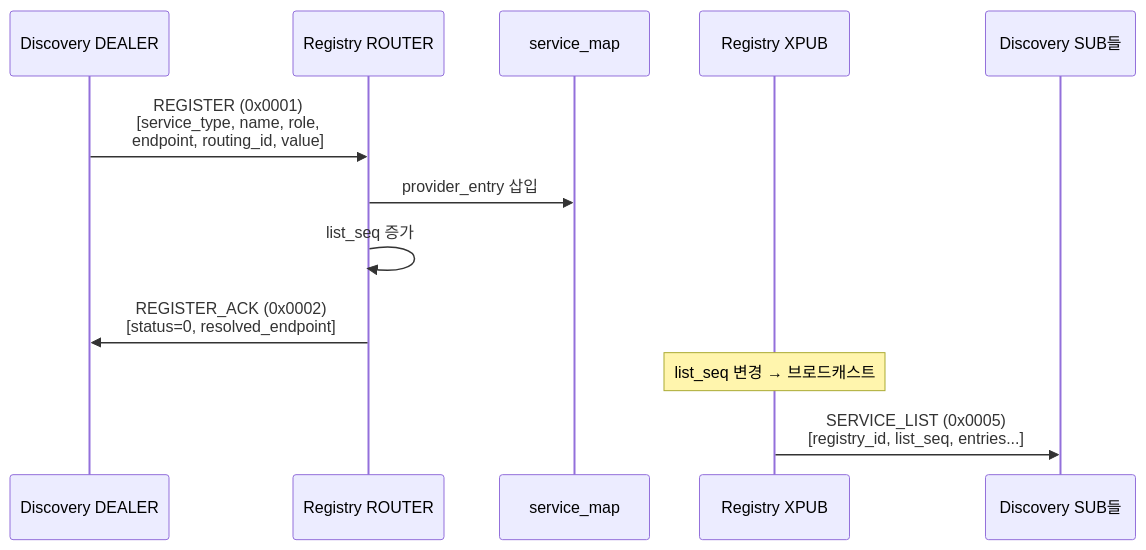
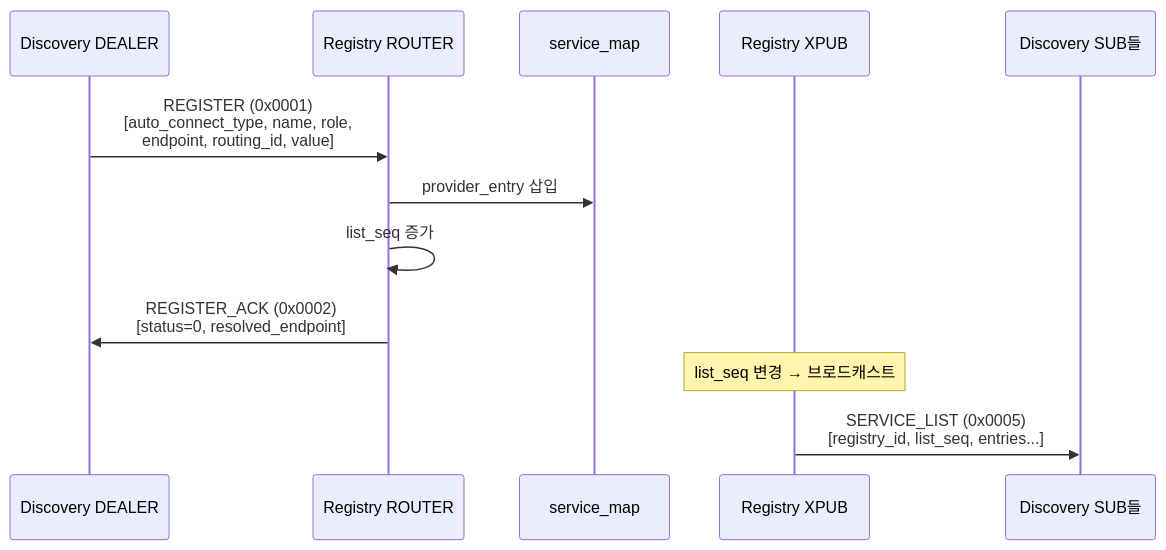
Before and after one commit to kairos-code-dev/zlink: the second of 9 diagrams in doc/internals/registry-internals.ko.md, drawn with Mermaid. The commit also changed other lines of this file and 228 other files, not shown here.

Commit message:
Implement discovery auto-connect channel types

````diff
--- a/doc/internals/registry-internals.ko.md
+++ b/doc/internals/registry-internals.ko.md
@@ -80,15 +80,15 @@
 ```mermaid
 sequenceDiagram
     participant Disc as Discovery DEALER
     participant Router as Registry ROUTER
     participant Store as service_map
     participant Pub as Registry XPUB
     participant Subs as Discovery SUB들
 
-    Disc->>Router: REGISTER (0x0001)<br/>[service_type, name, role,<br/>endpoint, routing_id, value]
+    Disc->>Router: REGISTER (0x0001)<br/>[auto_connect_type, name, role,<br/>endpoint, routing_id, value]
     Router->>Store: provider_entry 삽입
     Router->>Router: list_seq 증가
     Router->>Disc: REGISTER_ACK (0x0002)<br/>[status=0, resolved_endpoint]
     Note over Pub: list_seq 변경 → 브로드캐스트
     Pub->>Subs: SERVICE_LIST (0x0005)<br/>[registry_id, list_seq, entries...]
 ```
````
